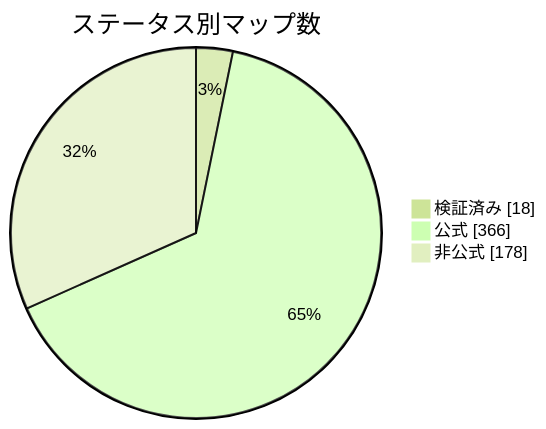
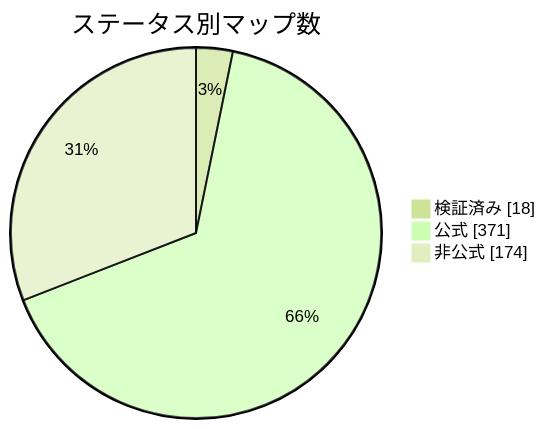
One commit to nobrega8/mbmap-library changed the diagram in docs/readme/README_JP.md. Above: the diagram before and after it, drawn with Mermaid (forest theme). The commit also changed 10 other files, not shown here.

````diff
--- a/docs/readme/README_JP.md
+++ b/docs/readme/README_JP.md
@@ -54,7 +54,7 @@
 ```mermaid
 pie showData
     title ステータス別マップ数
     "検証済み" : 18
-    "公式" : 366
-    "非公式" : 178
+    "公式" : 371
+    "非公式" : 174
 ```
````
